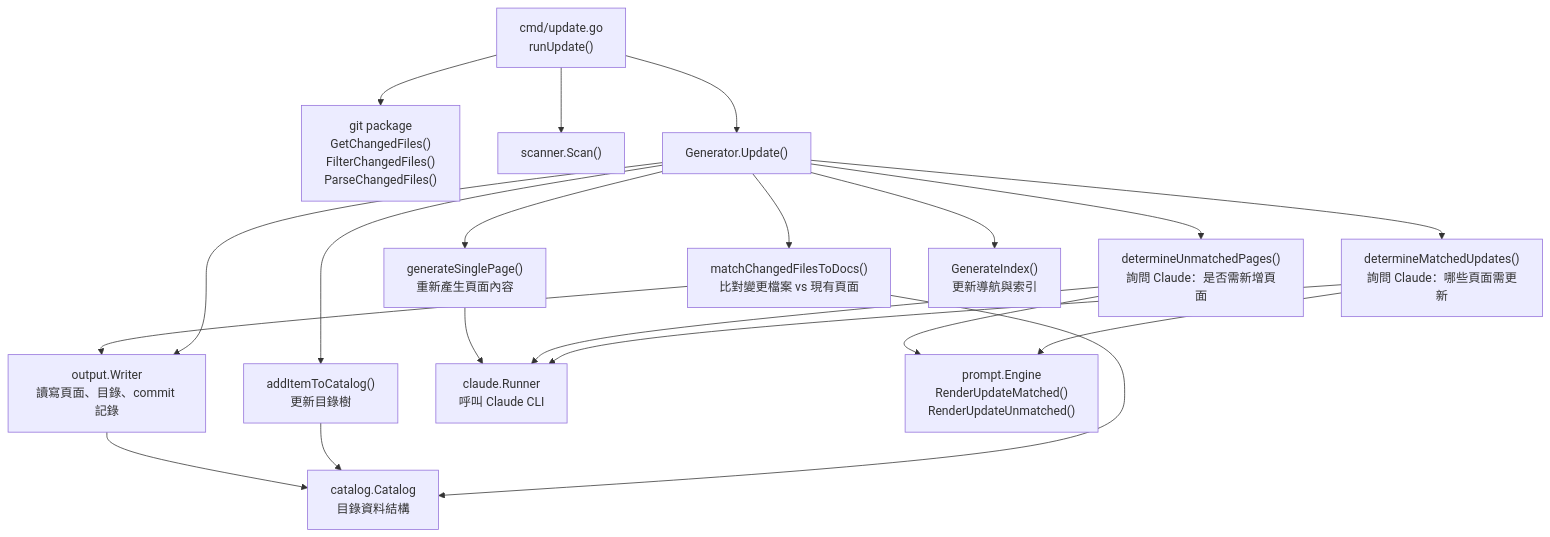
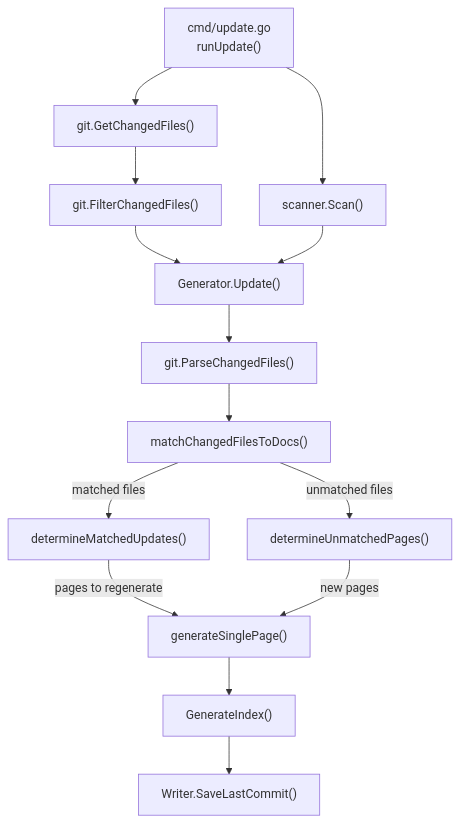
The first of 4 diagrams in docs/core-modules/incremental-update/index.md (monkenWu/selfmd-claude-code), drawn with Mermaid before and after one commit. The commit also changed other lines of this file and 145 other files, not shown here.

````diff
--- a/docs/core-modules/incremental-update/index.md
+++ b/docs/core-modules/incremental-update/index.md
@@ -27,37 +19,29 @@
 ```mermaid
 flowchart TD
-    CLI["cmd/update.go\nrunUpdate()"]
-    GitPkg["git package\nGetChangedFiles()\nFilterChangedFiles()\nParseChangedFiles()"]
+    CLI["cmd/update.go<br/>runUpdate()"]
+    GitMod["git.GetChangedFiles()"]
+    Filter["git.FilterChangedFiles()"]
     Scanner["scanner.Scan()"]
-    Updater["Generator.Update()"]
-    Match["matchChangedFilesToDocs()\n比對變更檔案 vs 現有頁面"]
-    DetermineMatched["determineMatchedUpdates()\n詢問 Claude：哪些頁面需更新"]
-    DetermineUnmatched["determineUnmatchedPages()\n詢問 Claude：是否需新增頁面"]
-    AddCatalog["addItemToCatalog()\n更新目錄樹"]
-    Generate["generateSinglePage()\n重新產生頁面內容"]
-    GenerateIndex["GenerateIndex()\n更新導航與索引"]
-    Writer["output.Writer\n讀寫頁面、目錄、commit 記錄"]
-    CatalogPkg["catalog.Catalog\n目錄資料結構"]
-    ClaudeRunner["claude.Runner\n呼叫 Claude CLI"]
-    PromptEngine["prompt.Engine\nRenderUpdateMatched()\nRenderUpdateUnmatched()"]
+    Update["Generator.Update()"]
+    Parse["git.ParseChangedFiles()"]
+    Match["matchChangedFilesToDocs()"]
+    Matched["determineMatchedUpdates()"]
+    Unmatched["determineUnmatchedPages()"]
+    Regen["generateSinglePage()"]
+    Index["GenerateIndex()"]
+    SaveCommit["Writer.SaveLastCommit()"]
 
-    CLI --> GitPkg
+    CLI --> GitMod
+    GitMod --> Filter
     CLI --> Scanner
-    CLI --> Updater
-    Updater --> Match
-    Updater --> DetermineMatched
-    Updater --> DetermineUnmatched
-    Updater --> AddCatalog
-    Updater --> Generate
-    Updater --> GenerateIndex
-    Updater --> Writer
-    DetermineMatched --> ClaudeRunner
-    DetermineMatched --> PromptEngine
-    DetermineUnmatched --> ClaudeRunner
-    DetermineUnmatched --> PromptEngine
-    Generate --> ClaudeRunner
-    Match --> Writer
-    Match --> CatalogPkg
-    AddCatalog --> CatalogPkg
-    Writer --> CatalogPkg
+    Filter --> Update
+    Scanner --> Update
+    Update --> Parse
+    Parse --> Match
+    Match -->|"matched files"| Matched
+    Match -->|"unmatched files"| Unmatched
+    Matched -->|"pages to regenerate"| Regen
+    Unmatched -->|"new pages"| Regen
+    Regen --> Index
+    Index --> SaveCommit
 ```
````
